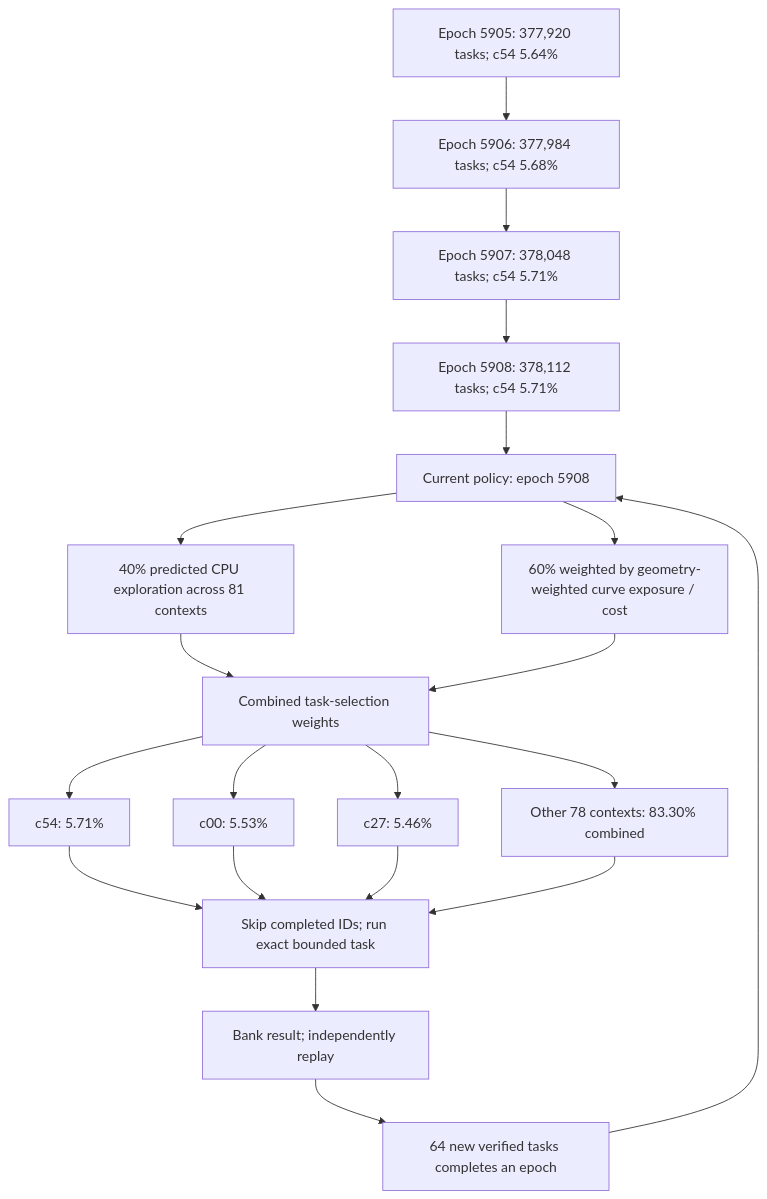
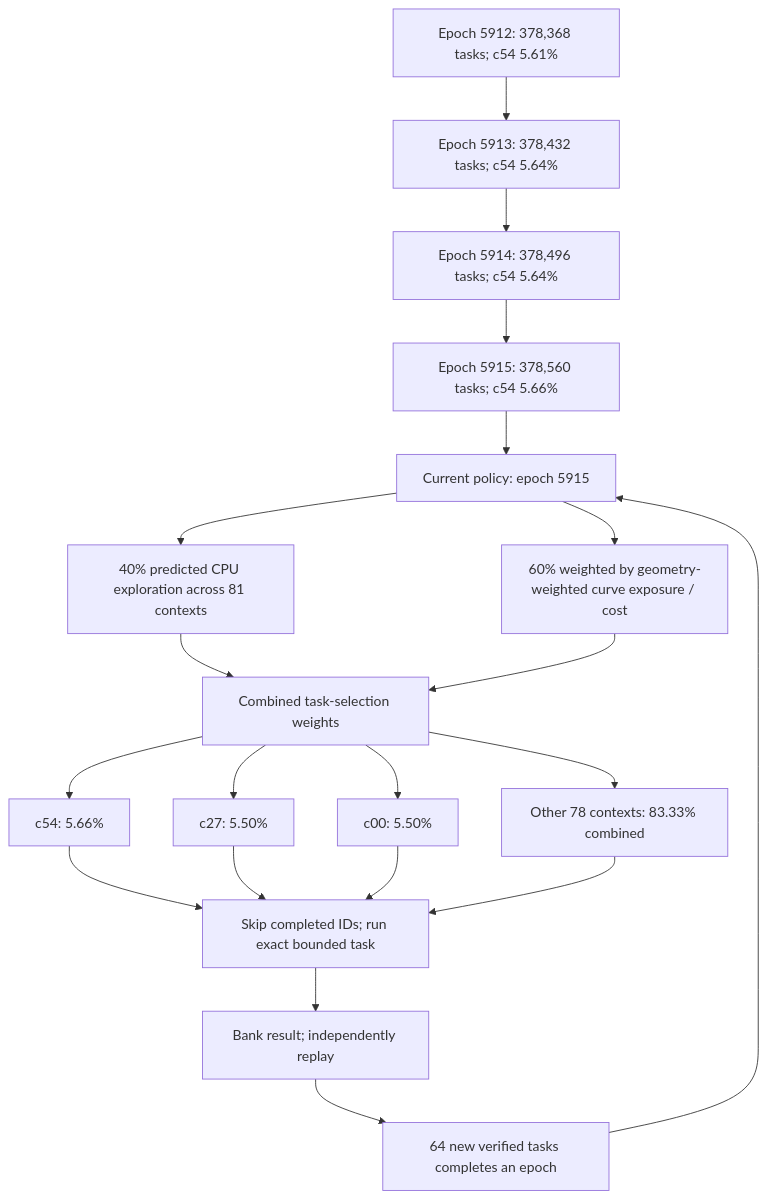
The first of 3 diagrams in README.md (Kuberwastaken/math-gambling), drawn with Mermaid before and after one commit. The commit also changed other lines of this file and 1496 other files, not shown here.

````diff
--- a/README.md
+++ b/README.md
@@ -60,27 +60,27 @@
 ```mermaid
 flowchart TD
-    H0["Epoch 5905: 377,920 tasks; c54 5.64%"]
-    H1["Epoch 5906: 377,984 tasks; c54 5.68%"]
+    H0["Epoch 5912: 378,368 tasks; c54 5.61%"]
+    H1["Epoch 5913: 378,432 tasks; c54 5.64%"]
     H0 --> H1
-    H2["Epoch 5907: 378,048 tasks; c54 5.71%"]
+    H2["Epoch 5914: 378,496 tasks; c54 5.64%"]
     H1 --> H2
-    H3["Epoch 5908: 378,112 tasks; c54 5.71%"]
+    H3["Epoch 5915: 378,560 tasks; c54 5.66%"]
     H2 --> H3
-    Policy["Current policy: epoch 5908"]
+    Policy["Current policy: epoch 5915"]
     H3 --> Policy
     Policy --> Explore["40% predicted CPU exploration across 81 contexts"]
     Policy --> Cost["60% weighted by geometry-weighted curve exposure / cost"]
     Explore --> Mix["Combined task-selection weights"]
     Cost --> Mix
-    Mix --> C0["c54: 5.71%"]
-    Mix --> C1["c00: 5.53%"]
-    Mix --> C2["c27: 5.46%"]
-    Mix --> Rest["Other 78 contexts: 83.30% combined"]
+    Mix --> C0["c54: 5.66%"]
+    Mix --> C1["c27: 5.50%"]
+    Mix --> C2["c00: 5.50%"]
+    Mix --> Rest["Other 78 contexts: 83.33% combined"]
     C0 --> Check["Skip completed IDs; run exact bounded task"]
     C1 --> Check
     C2 --> Check
     Rest --> Check
     Check --> Replay["Bank result; independently replay"]
     Replay --> Gate["64 new verified tasks completes an epoch"]
     Gate --> Policy
 ```
````
